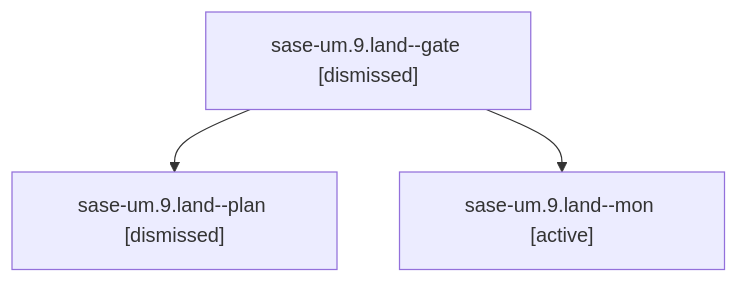
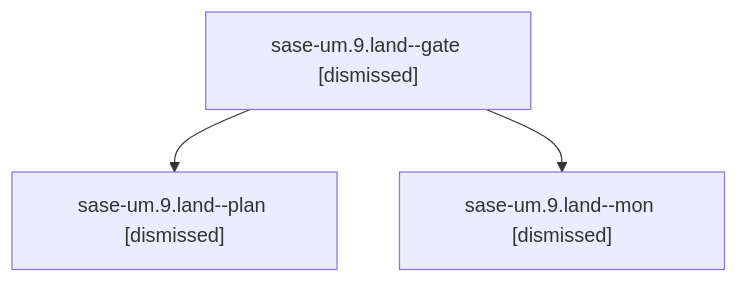
Before and after one commit to sase-org/sase--agents: the diagram in sessions/bbugyi200.athena.sase-um.9.land.md, drawn with Mermaid. The commit also changed other lines of this file and 243 other files, not shown here.

````diff
--- a/sessions/bbugyi200.athena.sase-um.9.land.md
+++ b/sessions/bbugyi200.athena.sase-um.9.land.md
@@ -9,8 +9,8 @@
 ```mermaid
 flowchart TD
   n0["sase-um.9.land--gate [dismissed]"]
   n1["sase-um.9.land--plan [dismissed]"]
   n0 --> n1
-  n2["sase-um.9.land--mon [active]"]
+  n2["sase-um.9.land--mon [dismissed]"]
   n0 --> n2
 ```
````
